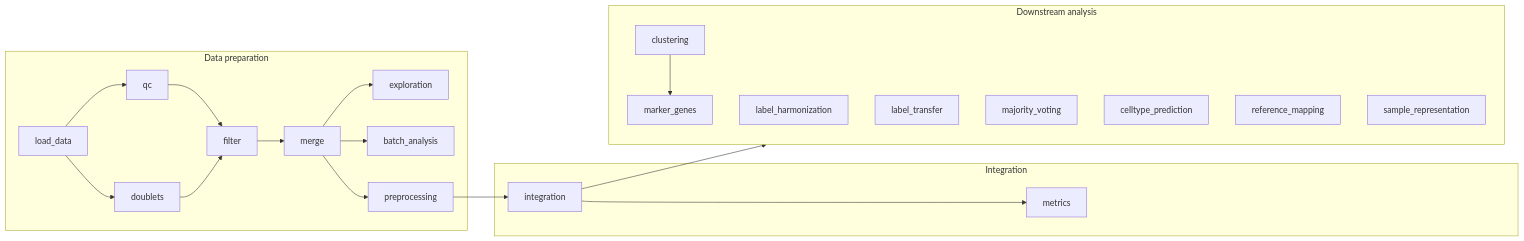
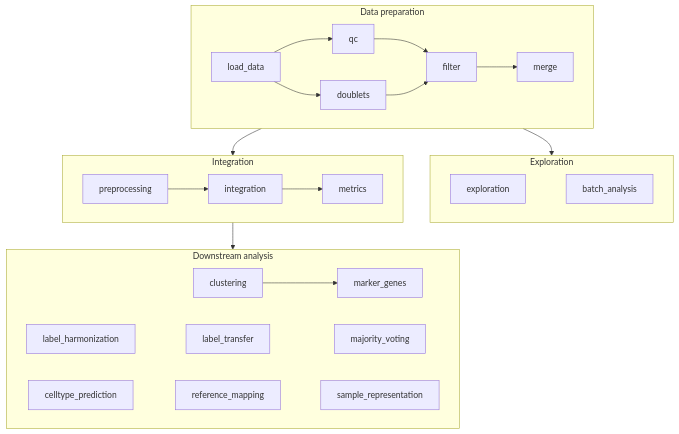
Before and after one commit to lueckenlab/scAtlasTb: the diagram in README.md, drawn with Mermaid.

Commit message:
docs: make module overview diagram readable
Lay out module groups top-down and link groups instead of individual
modules, so the diagram stays readable at page width.

````diff
--- a/README.md
+++ b/README.md
@@ -67,27 +67,26 @@
 ```mermaid
-flowchart LR
+flowchart TD
   subgraph prep["Data preparation"]
-    load_data --> qc
-    load_data --> doublets
-    qc --> filter
-    doublets --> filter
+    direction LR
+    load_data --> qc --> filter
+    load_data --> doublets --> filter
     filter --> merge
-    merge --> exploration
-    merge --> batch_analysis
-    merge --> preprocessing
+  end
+  subgraph explore["Exploration"]
+    direction LR
+    exploration ~~~ batch_analysis
   end
   subgraph integ["Integration"]
-    integration --> metrics
+    direction LR
+    preprocessing --> integration --> metrics
   end
   subgraph down["Downstream analysis"]
+    direction LR
     clustering --> marker_genes
-    label_harmonization
-    label_transfer
-    majority_voting
-    celltype_prediction
-    reference_mapping
-    sample_representation
+    label_harmonization ~~~ label_transfer ~~~ majority_voting
+    celltype_prediction ~~~ reference_mapping ~~~ sample_representation
   end
-  preprocessing --> integration
-  integration --> down
+  prep --> explore
+  prep --> integ
+  integ --> down
 ```
````
